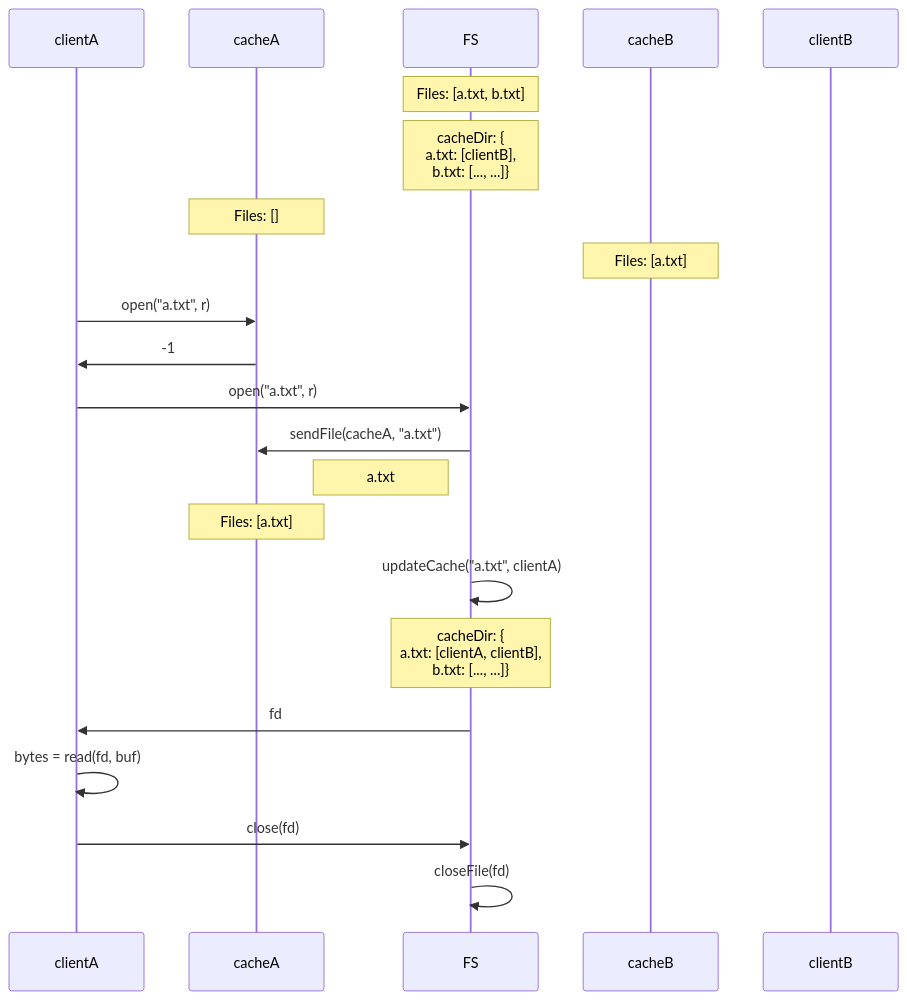
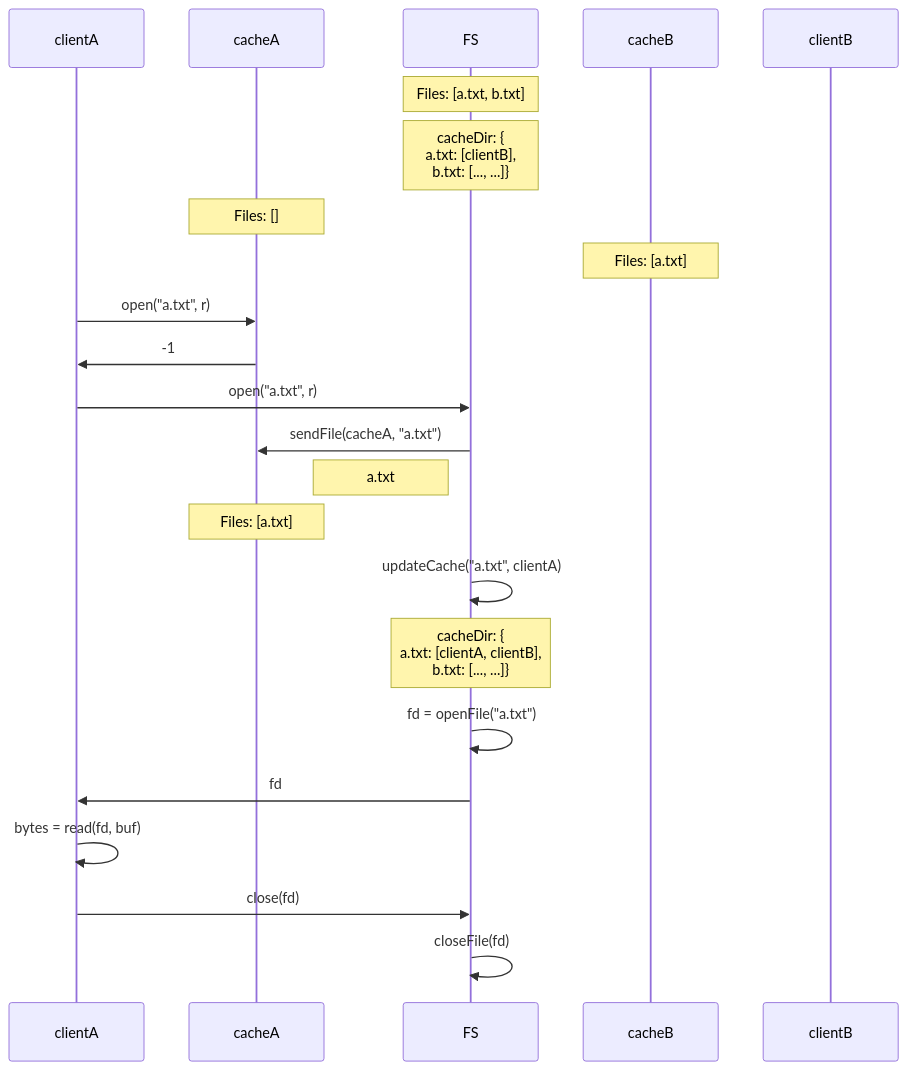
One commit to bishopfunc/os-b-dfs changed the first of 4 diagrams in README.md. Above: the diagram before and after it, drawn with Mermaid. The commit also changed other lines of this file, not shown here.

````diff
--- a/README.md
+++ b/README.md
@@ -17,26 +25,27 @@
 ```mermaid
 sequenceDiagram
     participant clientA as clientA
     participant cacheA as cacheA
     participant FS as FS
     participant cacheB as cacheB
     participant clientB as clientB
     Note over FS: Files: [a.txt, b.txt]
     Note over FS: cacheDir: {<br>a.txt: [clientB], <br>b.txt: [..., ...]} 
 
     Note over cacheA: Files: []
     Note over cacheB: Files: [a.txt]    
     
     clientA->>cacheA: open("a.txt", r)
     cacheA->>clientA: -1
     clientA->>FS: open("a.txt", r)
     FS->>cacheA: sendFile(cacheA, "a.txt")
     Note left of FS: a.txt
     Note over cacheA: Files: [a.txt]
     FS->>FS: updateCache("a.txt", clientA)
     Note over FS: cacheDir: {<br>a.txt: [clientA, clientB], <br>b.txt: [..., ...]} 
+    FS->>FS: fd = openFile("a.txt")
     FS->>clientA: fd
     clientA->>clientA: bytes = read(fd, buf)
     clientA->>FS: close(fd)
     FS->>FS: closeFile(fd)
 ```
````
